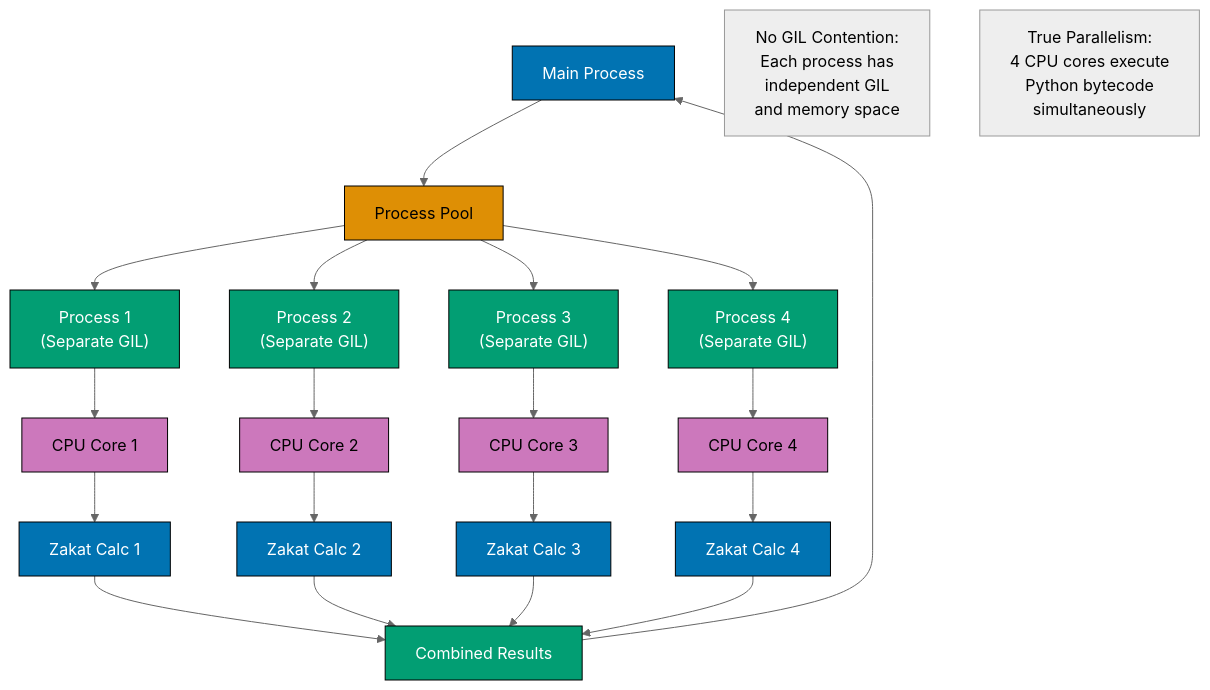
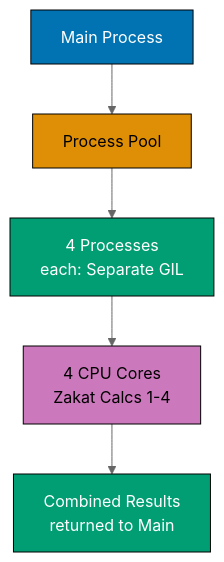
The fourth of 8 diagrams in docs/explanation/software-engineering/programming-languages/python/concurrency-and-parallelism.md (wahidyankf/open-sharia-enterprise), drawn with Mermaid (neutral theme) before and after one commit. The commit also changed other lines of this file and 12 other files, not shown here.

First line of the commit message:
fix(docs): fix mermaid violations in python docs

````diff
--- a/docs/explanation/software-engineering/programming-languages/python/concurrency-and-parallelism.md
+++ b/docs/explanation/software-engineering/programming-languages/python/concurrency-and-parallelism.md
@@ -302,37 +302,18 @@
 ```mermaid
 %% Color Palette: Blue #0173B2, Orange #DE8F05, Teal #029E73, Purple #CC78BC
 %% All colors are color-blind friendly and meet WCAG AA contrast standards
 
 graph TD
     Main["Main Process"]:::blue --> Pool["Process Pool"]:::orange
 
-    Pool --> P1["Process 1<br/>(Separate GIL)"]:::teal
-    Pool --> P2["Process 2<br/>(Separate GIL)"]:::teal
-    Pool --> P3["Process 3<br/>(Separate GIL)"]:::teal
-    Pool --> P4["Process 4<br/>(Separate GIL)"]:::teal
+    Pool --> Procs["4 Processes<br/>each: Separate GIL"]:::teal
 
-    P1 --> CPU1["CPU Core 1"]:::purple
-    P2 --> CPU2["CPU Core 2"]:::purple
-    P3 --> CPU3["CPU Core 3"]:::purple
-    P4 --> CPU4["CPU Core 4"]:::purple
+    Procs --> Calcs["4 CPU Cores<br/>Zakat Calcs 1-4"]:::purple
 
-    CPU1 --> Calc1["Zakat Calc 1"]:::blue
-    CPU2 --> Calc2["Zakat Calc 2"]:::blue
-    CPU3 --> Calc3["Zakat Calc 3"]:::blue
-    CPU4 --> Calc4["Zakat Calc 4"]:::blue
-
-    Calc1 --> Results["Combined Results"]:::teal
-    Calc2 --> Results
-    Calc3 --> Results
-    Calc4 --> Results
-
-    Results --> Main
-
-    Note1["No GIL Contention:<br/>Each process has<br/>independent GIL<br/>and memory space"]
-    Note2["True Parallelism:<br/>4 CPU cores execute<br/>Python bytecode<br/>simultaneously"]
+    Calcs --> Results["Combined Results<br/>returned to Main"]:::teal
 
     classDef blue fill:#0173B2,stroke:#000,color:#fff
     classDef orange fill:#DE8F05,stroke:#000,color:#000
     classDef teal fill:#029E73,stroke:#000,color:#fff
     classDef purple fill:#CC78BC,stroke:#000,color:#000
 ```
````
